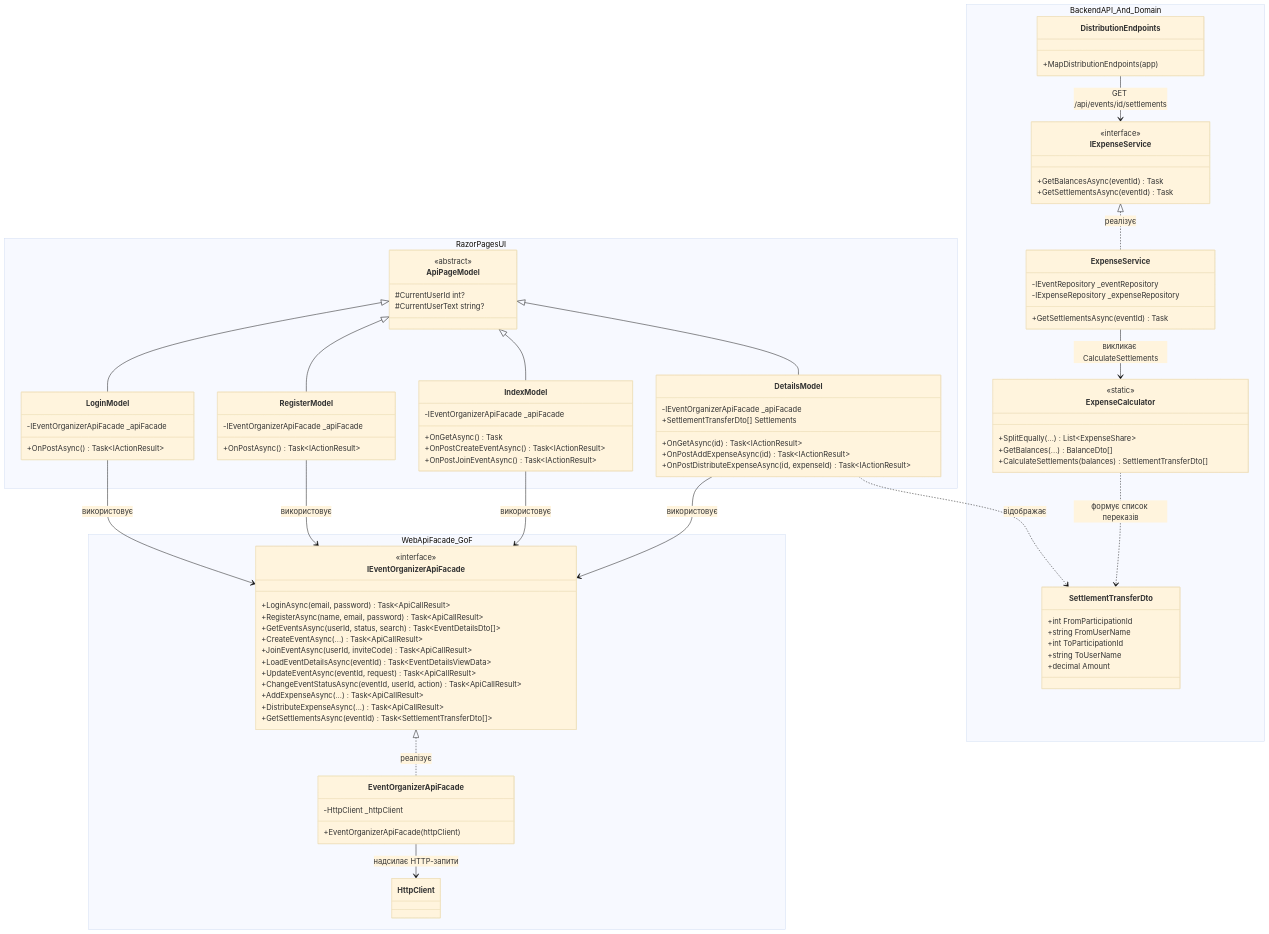
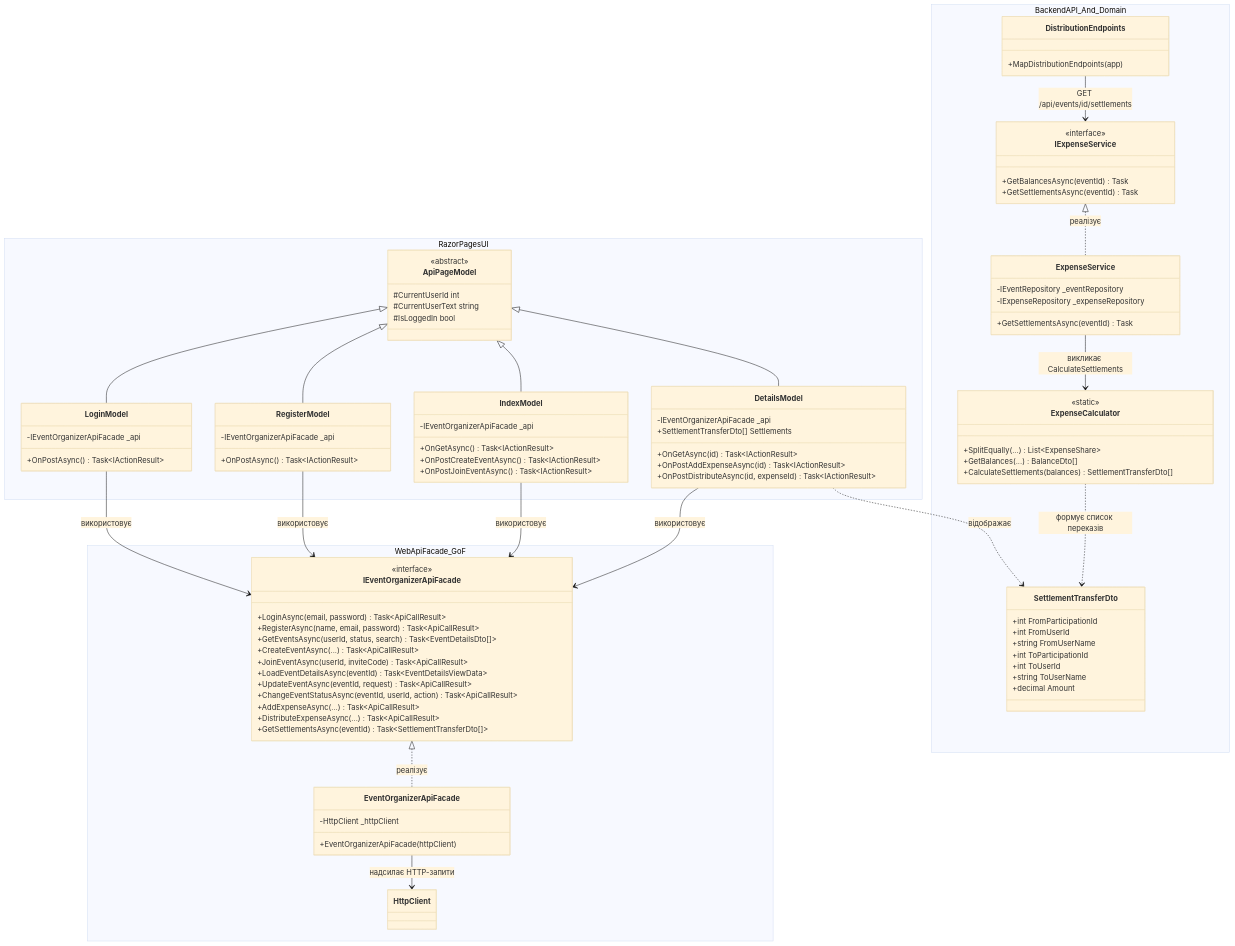
One commit to Fidloc/Group1_TR_43 changed the diagram in docs/models/implementation.md. Above: the diagram before and after it, drawn with Mermaid (base theme). The commit also changed other lines of this file, not shown here.

Commit message:
Revise class diagram and user model details
Updated class diagram to reflect changes in user authentication properties and method signatures.

```diff
--- a/docs/models/implementation.md
+++ b/docs/models/implementation.md
@@ -21,29 +21,30 @@
     namespace RazorPagesUI {
         class ApiPageModel {
             <<abstract>>
-            #CurrentUserId int?
-            #CurrentUserText string?
+            #CurrentUserId int
+            #CurrentUserText string
+            #IsLoggedIn bool
         }
         class LoginModel {
-            -IEventOrganizerApiFacade _apiFacade
+            -IEventOrganizerApiFacade _api
             +OnPostAsync() Task~IActionResult~
         }
         class RegisterModel {
-            -IEventOrganizerApiFacade _apiFacade
+            -IEventOrganizerApiFacade _api
             +OnPostAsync() Task~IActionResult~
         }
         class IndexModel {
-            -IEventOrganizerApiFacade _apiFacade
-            +OnGetAsync() Task
+            -IEventOrganizerApiFacade _api
+            +OnGetAsync() Task~IActionResult~
             +OnPostCreateEventAsync() Task~IActionResult~
             +OnPostJoinEventAsync() Task~IActionResult~
         }
         class DetailsModel {
-            -IEventOrganizerApiFacade _apiFacade
+            -IEventOrganizerApiFacade _api
             +SettlementTransferDto[] Settlements
             +OnGetAsync(id) Task~IActionResult~
             +OnPostAddExpenseAsync(id) Task~IActionResult~
-            +OnPostDistributeExpenseAsync(id, expenseId) Task~IActionResult~
+            +OnPostDistributeAsync(id, expenseId) Task~IActionResult~
         }
     }
 
@@ -91,8 +92,10 @@
         }
         class SettlementTransferDto {
             +int FromParticipationId
+            +int FromUserId
             +string FromUserName
             +int ToParticipationId
+            +int ToUserId
             +string ToUserName
             +decimal Amount
         }
```
